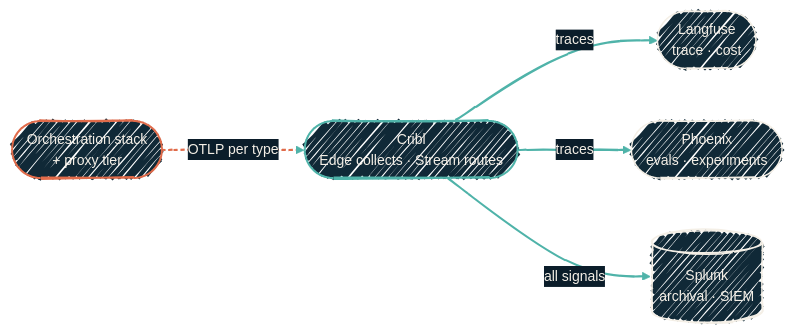
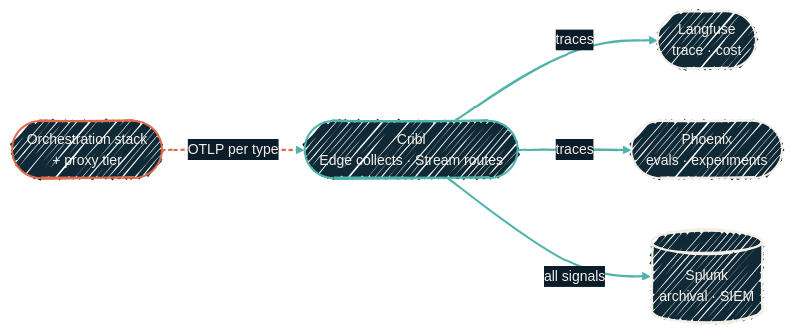
Before and after one commit to JacobPEvans/docs: the diagram in observability/llm-observability.mdx, drawn with Mermaid. The commit also changed 3 other files, not shown here.

````diff
--- a/observability/llm-observability.mdx
+++ b/observability/llm-observability.mdx
@@ -40,27 +40,27 @@
 ```mermaid
 %%{init: {'theme':'base','look':'handDrawn','themeVariables':{'fontFamily':'Geist','fontSize':'14px','primaryColor':'#102937','primaryTextColor':'#F4EFE6','primaryBorderColor':'#4FB3A9','lineColor':'#4FB3A9','secondaryColor':'#0B1D2A','tertiaryColor':'#1A2A38','clusterBkg':'rgba(79,179,169,0.08)','clusterBorder':'#4FB3A9'}}}%%
 flowchart LR
   Apps([Orchestration stack<br/>+ proxy tier])
   Cribl([Cribl<br/>Edge collects · Stream routes])
   LF([Langfuse<br/>trace · cost])
   PX([Phoenix<br/>evals · experiments])
   SP[(Splunk<br/>archival · SIEM)]
 
   Apps -->|OTLP per type| Cribl
   Cribl -->|traces| LF
   Cribl -->|traces| PX
   Cribl -->|all signals| SP
 
-  classDef app  fill:#102937,stroke:#E06B4A,stroke-width:2px,color:#F4EFE6;
-  classDef hub  fill:#102937,stroke:#4FB3A9,stroke-width:2px,color:#F4EFE6;
-  classDef sink fill:#102937,stroke:#F4EFE6,stroke-width:1.5px,color:#F4EFE6;
+  classDef ai   fill:#102937,stroke:#E06B4A,stroke-width:2px,color:#F4EFE6;
+  classDef hop  fill:#102937,stroke:#4FB3A9,stroke-width:2px,color:#F4EFE6;
+  classDef sink fill:#102937,stroke:#F4EFE6,stroke-width:2px,color:#F4EFE6;
 
-  class Apps app
-  class Cribl hub
+  class Apps ai
+  class Cribl hop
   class LF,PX,SP sink
 
   click PX "/observability/phoenix" "Arize Phoenix: evals and experiments"
 
   linkStyle 0 stroke:#E06B4A,stroke-width:2px,stroke-dasharray:4 3;
   linkStyle 1,2,3 stroke:#4FB3A9,stroke-width:2px;
 ```
````
